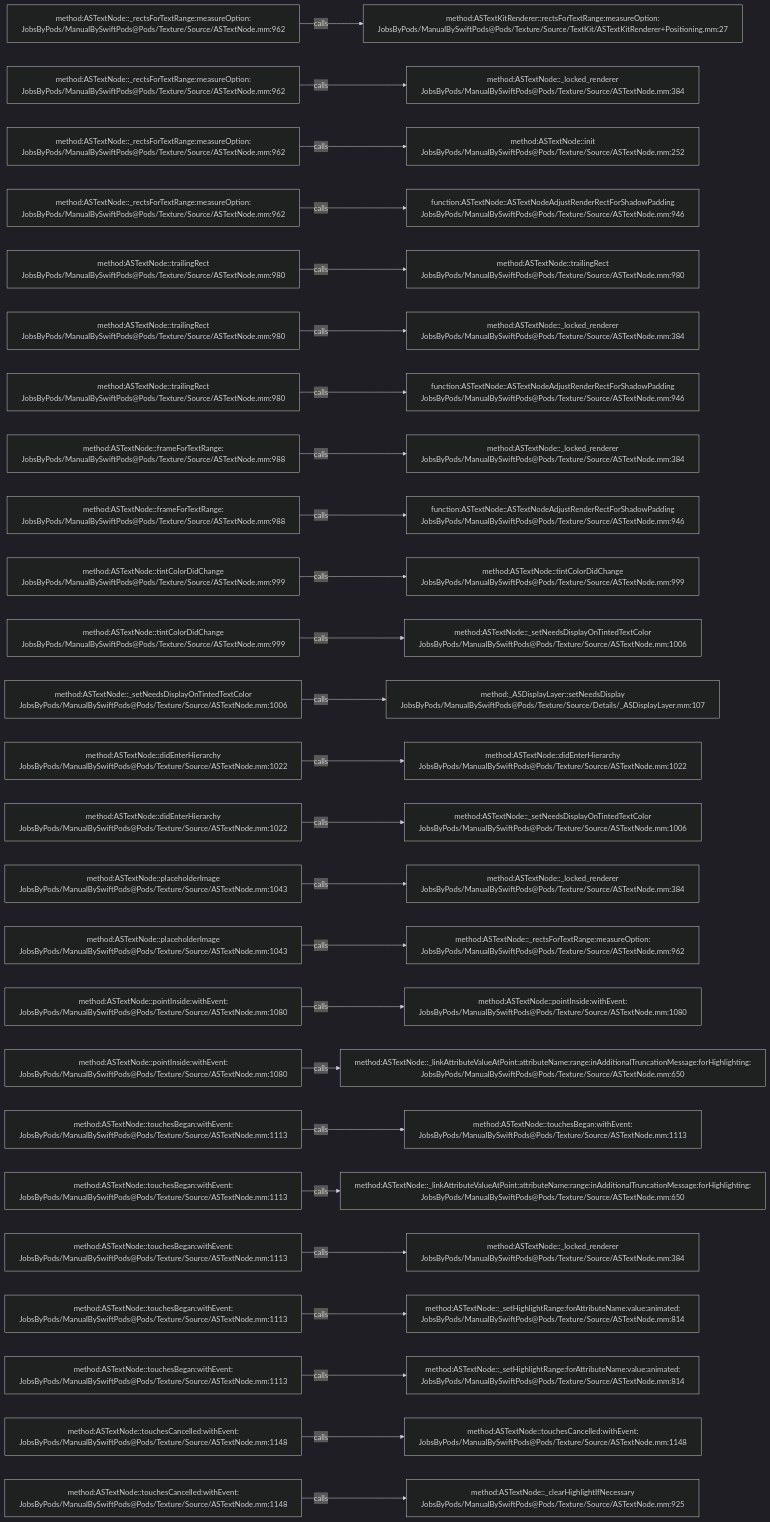
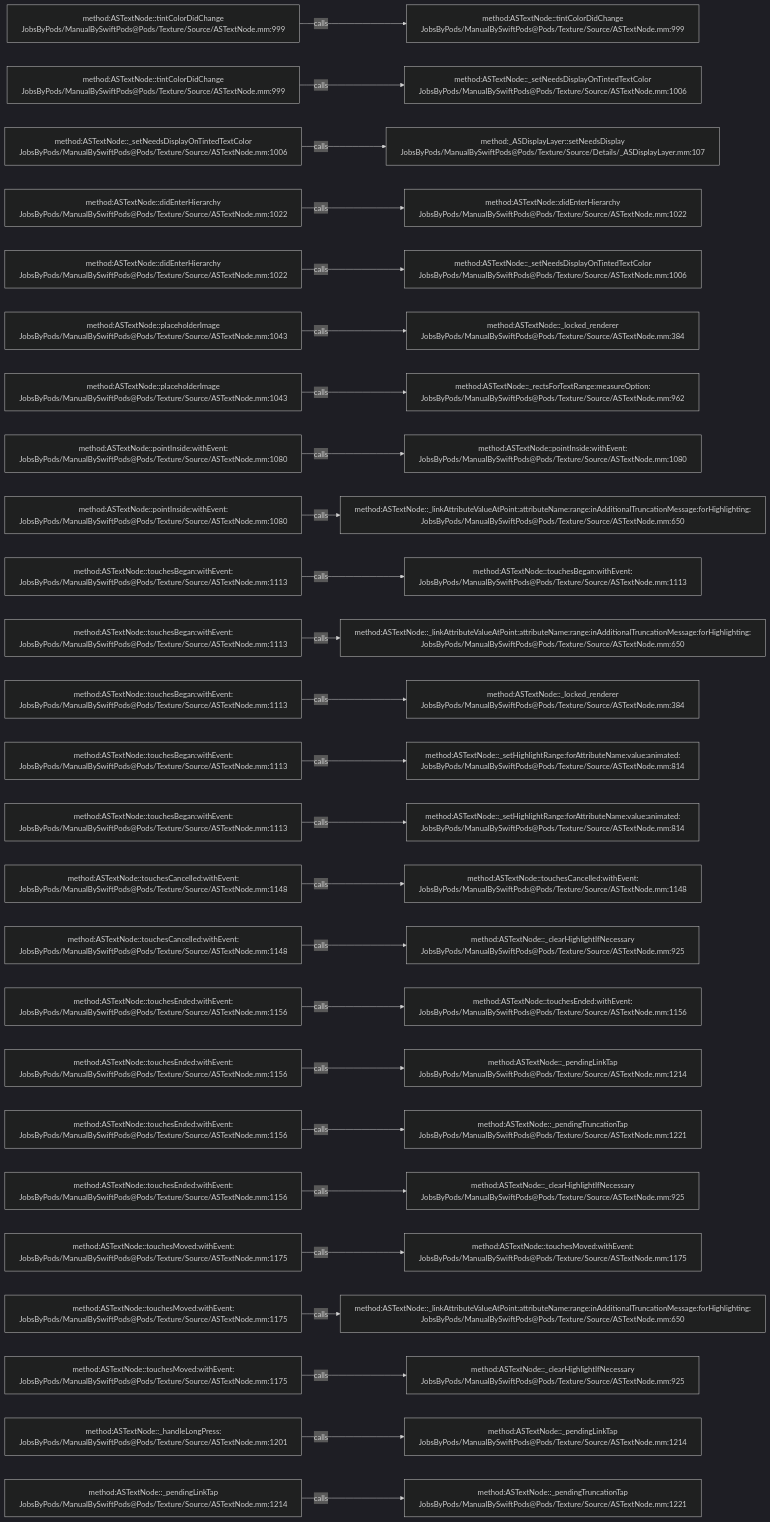
One commit to JobsKits/JobsSwiftBaseConfigDemo changed the diagram in .codegraph/codegraph.md/graphs/calls-068.md. Above: the diagram before and after it, drawn with Mermaid (dark theme). The commit also changed 707 other files, not shown here.

````diff
--- a/.codegraph/codegraph.md/graphs/calls-068.md
+++ b/.codegraph/codegraph.md/graphs/calls-068.md
@@ -13,78 +13,78 @@
 ```mermaid
 flowchart LR
-  S1["method:ASTextNode::_rectsForTextRange:measureOption:<br/>JobsByPods/ManualBySwiftPods@Pods/Texture/Source/ASTextNode.mm:962"]
-  T1["method:ASTextKitRenderer::rectsForTextRange:measureOption:<br/>JobsByPods/ManualBySwiftPods@Pods/Texture/Source/TextKit/ASTextKitRenderer+Positioning.mm:27"]
+  S1["method:ASTextNode::tintColorDidChange<br/>JobsByPods/ManualBySwiftPods@Pods/Texture/Source/ASTextNode.mm:999"]
+  T1["method:ASTextNode::tintColorDidChange<br/>JobsByPods/ManualBySwiftPods@Pods/Texture/Source/ASTextNode.mm:999"]
   S1 -->|calls| T1
-  S2["method:ASTextNode::_rectsForTextRange:measureOption:<br/>JobsByPods/ManualBySwiftPods@Pods/Texture/Source/ASTextNode.mm:962"]
-  T2["method:ASTextNode::_locked_renderer<br/>JobsByPods/ManualBySwiftPods@Pods/Texture/Source/ASTextNode.mm:384"]
+  S2["method:ASTextNode::tintColorDidChange<br/>JobsByPods/ManualBySwiftPods@Pods/Texture/Source/ASTextNode.mm:999"]
+  T2["method:ASTextNode::_setNeedsDisplayOnTintedTextColor<br/>JobsByPods/ManualBySwiftPods@Pods/Texture/Source/ASTextNode.mm:1006"]
   S2 -->|calls| T2
-  S3["method:ASTextNode::_rectsForTextRange:measureOption:<br/>JobsByPods/ManualBySwiftPods@Pods/Texture/Source/ASTextNode.mm:962"]
-  T3["method:ASTextNode::init<br/>JobsByPods/ManualBySwiftPods@Pods/Texture/Source/ASTextNode.mm:252"]
+  S3["method:ASTextNode::_setNeedsDisplayOnTintedTextColor<br/>JobsByPods/ManualBySwiftPods@Pods/Texture/Source/ASTextNode.mm:1006"]
+  T3["method:_ASDisplayLayer::setNeedsDisplay<br/>JobsByPods/ManualBySwiftPods@Pods/Texture/Source/Details/_ASDisplayLayer.mm:107"]
   S3 -->|calls| T3
-  S4["method:ASTextNode::_rectsForTextRange:measureOption:<br/>JobsByPods/ManualBySwiftPods@Pods/Texture/Source/ASTextNode.mm:962"]
-  T4["function:ASTextNode::ASTextNodeAdjustRenderRectForShadowPadding<br/>JobsByPods/ManualBySwiftPods@Pods/Texture/Source/ASTextNode.mm:946"]
+  S4["method:ASTextNode::didEnterHierarchy<br/>JobsByPods/ManualBySwiftPods@Pods/Texture/Source/ASTextNode.mm:1022"]
+  T4["method:ASTextNode::didEnterHierarchy<br/>JobsByPods/ManualBySwiftPods@Pods/Texture/Source/ASTextNode.mm:1022"]
   S4 -->|calls| T4
-  S5["method:ASTextNode::trailingRect<br/>JobsByPods/ManualBySwiftPods@Pods/Texture/Source/ASTextNode.mm:980"]
-  T5["method:ASTextNode::trailingRect<br/>JobsByPods/ManualBySwiftPods@Pods/Texture/Source/ASTextNode.mm:980"]
+  S5["method:ASTextNode::didEnterHierarchy<br/>JobsByPods/ManualBySwiftPods@Pods/Texture/Source/ASTextNode.mm:1022"]
+  T5["method:ASTextNode::_setNeedsDisplayOnTintedTextColor<br/>JobsByPods/ManualBySwiftPods@Pods/Texture/Source/ASTextNode.mm:1006"]
   S5 -->|calls| T5
-  S6["method:ASTextNode::trailingRect<br/>JobsByPods/ManualBySwiftPods@Pods/Texture/Source/ASTextNode.mm:980"]
+  S6["method:ASTextNode::placeholderImage<br/>JobsByPods/ManualBySwiftPods@Pods/Texture/Source/ASTextNode.mm:1043"]
   T6["method:ASTextNode::_locked_renderer<br/>JobsByPods/ManualBySwiftPods@Pods/Texture/Source/ASTextNode.mm:384"]
   S6 -->|calls| T6
-  S7["method:ASTextNode::trailingRect<br/>JobsByPods/ManualBySwiftPods@Pods/Texture/Source/ASTextNode.mm:980"]
-  T7["function:ASTextNode::ASTextNodeAdjustRenderRectForShadowPadding<br/>JobsByPods/ManualBySwiftPods@Pods/Texture/Source/ASTextNode.mm:946"]
+  S7["method:ASTextNode::placeholderImage<br/>JobsByPods/ManualBySwiftPods@Pods/Texture/Source/ASTextNode.mm:1043"]
+  T7["method:ASTextNode::_rectsForTextRange:measureOption:<br/>JobsByPods/ManualBySwiftPods@Pods/Texture/Source/ASTextNode.mm:962"]
   S7 -->|calls| T7
-  S8["method:ASTextNode::frameForTextRange:<br/>JobsByPods/ManualBySwiftPods@Pods/Texture/Source/ASTextNode.mm:988"]
-  T8["method:ASTextNode::_locked_renderer<br/>JobsByPods/ManualBySwiftPods@Pods/Texture/Source/ASTextNode.mm:384"]
+  S8["method:ASTextNode::pointInside:withEvent:<br/>JobsByPods/ManualBySwiftPods@Pods/Texture/Source/ASTextNode.mm:1080"]
+  T8["method:ASTextNode::pointInside:withEvent:<br/>JobsByPods/ManualBySwiftPods@Pods/Texture/Source/ASTextNode.mm:1080"]
   S8 -->|calls| T8
-  S9["method:ASTextNode::frameForTextRange:<br/>JobsByPods/ManualBySwiftPods@Pods/Texture/Source/ASTextNode.mm:988"]
-  T9["function:ASTextNode::ASTextNodeAdjustRenderRectForShadowPadding<br/>JobsByPods/ManualBySwiftPods@Pods/Texture/Source/ASTextNode.mm:946"]
+  S9["method:ASTextNode::pointInside:withEvent:<br/>JobsByPods/ManualBySwiftPods@Pods/Texture/Source/ASTextNode.mm:1080"]
+  T9["method:ASTextNode::_linkAttributeValueAtPoint:attributeName:range:inAdditionalTruncationMessage:forHighlighting:<br/>JobsByPods/ManualBySwiftPods@Pods/Texture/Source/ASTextNode.mm:650"]
   S9 -->|calls| T9
-  S10["method:ASTextNode::tintColorDidChange<br/>JobsByPods/ManualBySwiftPods@Pods/Texture/Source/ASTextNode.mm:999"]
-  T10["method:ASTextNode::tintColorDidChange<br/>JobsByPods/ManualBySwiftPods@Pods/Texture/Source/ASTextNode.mm:999"]
+  S10["method:ASTextNode::touchesBegan:withEvent:<br/>JobsByPods/ManualBySwiftPods@Pods/Texture/Source/ASTextNode.mm:1113"]
+  T10["method:ASTextNode::touchesBegan:withEvent:<br/>JobsByPods/ManualBySwiftPods@Pods/Texture/Source/ASTextNode.mm:1113"]
   S10 -->|calls| T10
-  S11["method:ASTextNode::tintColorDidChange<br/>JobsByPods/ManualBySwiftPods@Pods/Texture/Source/ASTextNode.mm:999"]
-  T11["method:ASTextNode::_setNeedsDisplayOnTintedTextColor<br/>JobsByPods/ManualBySwiftPods@Pods/Texture/Source/ASTextNode.mm:1006"]
+  S11["method:ASTextNode::touchesBegan:withEvent:<br/>JobsByPods/ManualBySwiftPods@Pods/Texture/Source/ASTextNode.mm:1113"]
+  T11["method:ASTextNode::_linkAttributeValueAtPoint:attributeName:range:inAdditionalTruncationMessage:forHighlighting:<br/>JobsByPods/ManualBySwiftPods@Pods/Texture/Source/ASTextNode.mm:650"]
   S11 -->|calls| T11
-  S12["method:ASTextNode::_setNeedsDisplayOnTintedTextColor<br/>JobsByPods/ManualBySwiftPods@Pods/Texture/Source/ASTextNode.mm:1006"]
-  T12["method:_ASDisplayLayer::setNeedsDisplay<br/>JobsByPods/ManualBySwiftPods@Pods/Texture/Source/Details/_ASDisplayLayer.mm:107"]
+  S12["method:ASTextNode::touchesBegan:withEvent:<br/>JobsByPods/ManualBySwiftPods@Pods/Texture/Source/ASTextNode.mm:1113"]
+  T12["method:ASTextNode::_locked_renderer<br/>JobsByPods/ManualBySwiftPods@Pods/Texture/Source/ASTextNode.mm:384"]
   S12 -->|calls| T12
-  S13["method:ASTextNode::didEnterHierarchy<br/>JobsByPods/ManualBySwiftPods@Pods/Texture/Source/ASTextNode.mm:1022"]
-  T13["method:ASTextNode::didEnterHierarchy<br/>JobsByPods/ManualBySwiftPods@Pods/Texture/Source/ASTextNode.mm:1022"]
+  S13["method:ASTextNode::touchesBegan:withEvent:<br/>JobsByPods/ManualBySwiftPods@Pods/Texture/Source/ASTextNode.mm:1113"]
+  T13["method:ASTextNode::_setHighlightRange:forAttributeName:value:animated:<br/>JobsByPods/ManualBySwiftPods@Pods/Texture/Source/ASTextNode.mm:814"]
   S13 -->|calls| T13
-  S14["method:ASTextNode::didEnterHierarchy<br/>JobsByPods/ManualBySwiftPods@Pods/Texture/Source/ASTextNode.mm:1022"]
-  T14["method:ASTextNode::_setNeedsDisplayOnTintedTextColor<br/>JobsByPods/ManualBySwiftPods@Pods/Texture/Source/ASTextNode.mm:1006"]
+  S14["method:ASTextNode::touchesBegan:withEvent:<br/>JobsByPods/ManualBySwiftPods@Pods/Texture/Source/ASTextNode.mm:1113"]
+  T14["method:ASTextNode::_setHighlightRange:forAttributeName:value:animated:<br/>JobsByPods/ManualBySwiftPods@Pods/Texture/Source/ASTextNode.mm:814"]
   S14 -->|calls| T14
-  S15["method:ASTextNode::placeholderImage<br/>JobsByPods/ManualBySwiftPods@Pods/Texture/Source/ASTextNode.mm:1043"]
-  T15["method:ASTextNode::_locked_renderer<br/>JobsByPods/ManualBySwiftPods@Pods/Texture/Source/ASTextNode.mm:384"]
+  S15["method:ASTextNode::touchesCancelled:withEvent:<br/>JobsByPods/ManualBySwiftPods@Pods/Texture/Source/ASTextNode.mm:1148"]
+  T15["method:ASTextNode::touchesCancelled:withEvent:<br/>JobsByPods/ManualBySwiftPods@Pods/Texture/Source/ASTextNode.mm:1148"]
   S15 -->|calls| T15
-  S16["method:ASTextNode::placeholderImage<br/>JobsByPods/ManualBySwiftPods@Pods/Texture/Source/ASTextNode.mm:1043"]
-  T16["method:ASTextNode::_rectsForTextRange:measureOption:<br/>JobsByPods/ManualBySwiftPods@Pods/Texture/Source/ASTextNode.mm:962"]
+  S16["method:ASTextNode::touchesCancelled:withEvent:<br/>JobsByPods/ManualBySwiftPods@Pods/Texture/Source/ASTextNode.mm:1148"]
+  T16["method:ASTextNode::_clearHighlightIfNecessary<br/>JobsByPods/ManualBySwiftPods@Pods/Texture/Source/ASTextNode.mm:925"]
   S16 -->|calls| T16
-  S17["method:ASTextNode::pointInside:withEvent:<br/>JobsByPods/ManualBySwiftPods@Pods/Texture/Source/ASTextNode.mm:1080"]
-  T17["method:ASTextNode::pointInside:withEvent:<br/>JobsByPods/ManualBySwiftPods@Pods/Texture/Source/ASTextNode.mm:1080"]
+  S17["method:ASTextNode::touchesEnded:withEvent:<br/>JobsByPods/ManualBySwiftPods@Pods/Texture/Source/ASTextNode.mm:1156"]
+  T17["method:ASTextNode::touchesEnded:withEvent:<br/>JobsByPods/ManualBySwiftPods@Pods/Texture/Source/ASTextNode.mm:1156"]
   S17 -->|calls| T17
-  S18["method:ASTextNode::pointInside:withEvent:<br/>JobsByPods/ManualBySwiftPods@Pods/Texture/Source/ASTextNode.mm:1080"]
-  T18["method:ASTextNode::_linkAttributeValueAtPoint:attributeName:range:inAdditionalTruncationMessage:forHighlighting:<br/>JobsByPods/ManualBySwiftPods@Pods/Texture/Source/ASTextNode.mm:650"]
+  S18["method:ASTextNode::touchesEnded:withEvent:<br/>JobsByPods/ManualBySwiftPods@Pods/Texture/Source/ASTextNode.mm:1156"]
+  T18["method:ASTextNode::_pendingLinkTap<br/>JobsByPods/ManualBySwiftPods@Pods/Texture/Source/ASTextNode.mm:1214"]
   S18 -->|calls| T18
-  S19["method:ASTextNode::touchesBegan:withEvent:<br/>JobsByPods/ManualBySwiftPods@Pods/Texture/Source/ASTextNode.mm:1113"]
-  T19["method:ASTextNode::touchesBegan:withEvent:<br/>JobsByPods/ManualBySwiftPods@Pods/Texture/Source/ASTextNode.mm:1113"]
+  S19["method:ASTextNode::touchesEnded:withEvent:<br/>JobsByPods/ManualBySwiftPods@Pods/Texture/Source/ASTextNode.mm:1156"]
+  T19["method:ASTextNode::_pendingTruncationTap<br/>JobsByPods/ManualBySwiftPods@Pods/Texture/Source/ASTextNode.mm:1221"]
   S19 -->|calls| T19
-  S20["method:ASTextNode::touchesBegan:withEvent:<br/>JobsByPods/ManualBySwiftPods@Pods/Texture/Source/ASTextNode.mm:1113"]
-  T20["method:ASTextNode::_linkAttributeValueAtPoint:attributeName:range:inAdditionalTruncationMessage:forHighlighting:<br/>JobsByPods/ManualBySwiftPods@Pods/Texture/Source/ASTextNode.mm:650"]
+  S20["method:ASTextNode::touchesEnded:withEvent:<br/>JobsByPods/ManualBySwiftPods@Pods/Texture/Source/ASTextNode.mm:1156"]
+  T20["method:ASTextNode::_clearHighlightIfNecessary<br/>JobsByPods/ManualBySwiftPods@Pods/Texture/Source/ASTextNode.mm:925"]
   S20 -->|calls| T20
-  S21["method:ASTextNode::touchesBegan:withEvent:<br/>JobsByPods/ManualBySwiftPods@Pods/Texture/Source/ASTextNode.mm:1113"]
-  T21["method:ASTextNode::_locked_renderer<br/>JobsByPods/ManualBySwiftPods@Pods/Texture/Source/ASTextNode.mm:384"]
+  S21["method:ASTextNode::touchesMoved:withEvent:<br/>JobsByPods/ManualBySwiftPods@Pods/Texture/Source/ASTextNode.mm:1175"]
+  T21["method:ASTextNode::touchesMoved:withEvent:<br/>JobsByPods/ManualBySwiftPods@Pods/Texture/Source/ASTextNode.mm:1175"]
   S21 -->|calls| T21
-  S22["method:ASTextNode::touchesBegan:withEvent:<br/>JobsByPods/ManualBySwiftPods@Pods/Texture/Source/ASTextNode.mm:1113"]
-  T22["method:ASTextNode::_setHighlightRange:forAttributeName:value:animated:<br/>JobsByPods/ManualBySwiftPods@Pods/Texture/Source/ASTextNode.mm:814"]
+  S22["method:ASTextNode::touchesMoved:withEvent:<br/>JobsByPods/ManualBySwiftPods@Pods/Texture/Source/ASTextNode.mm:1175"]
+  T22["method:ASTextNode::_linkAttributeValueAtPoint:attributeName:range:inAdditionalTruncationMessage:forHighlighting:<br/>JobsByPods/ManualBySwiftPods@Pods/Texture/Source/ASTextNode.mm:650"]
   S22 -->|calls| T22
-  S23["method:ASTextNode::touchesBegan:withEvent:<br/>JobsByPods/ManualBySwiftPods@Pods/Texture/Source/ASTextNode.mm:1113"]
-  T23["method:ASTextNode::_setHighlightRange:forAttributeName:value:animated:<br/>JobsByPods/ManualBySwiftPods@Pods/Texture/Source/ASTextNode.mm:814"]
+  S23["method:ASTextNode::touchesMoved:withEvent:<br/>JobsByPods/ManualBySwiftPods@Pods/Texture/Source/ASTextNode.mm:1175"]
+  T23["method:ASTextNode::_clearHighlightIfNecessary<br/>JobsByPods/ManualBySwiftPods@Pods/Texture/Source/ASTextNode.mm:925"]
   S23 -->|calls| T23
-  S24["method:ASTextNode::touchesCancelled:withEvent:<br/>JobsByPods/ManualBySwiftPods@Pods/Texture/Source/ASTextNode.mm:1148"]
-  T24["method:ASTextNode::touchesCancelled:withEvent:<br/>JobsByPods/ManualBySwiftPods@Pods/Texture/Source/ASTextNode.mm:1148"]
+  S24["method:ASTextNode::_handleLongPress:<br/>JobsByPods/ManualBySwiftPods@Pods/Texture/Source/ASTextNode.mm:1201"]
+  T24["method:ASTextNode::_pendingLinkTap<br/>JobsByPods/ManualBySwiftPods@Pods/Texture/Source/ASTextNode.mm:1214"]
   S24 -->|calls| T24
-  S25["method:ASTextNode::touchesCancelled:withEvent:<br/>JobsByPods/ManualBySwiftPods@Pods/Texture/Source/ASTextNode.mm:1148"]
-  T25["method:ASTextNode::_clearHighlightIfNecessary<br/>JobsByPods/ManualBySwiftPods@Pods/Texture/Source/ASTextNode.mm:925"]
+  S25["method:ASTextNode::_pendingLinkTap<br/>JobsByPods/ManualBySwiftPods@Pods/Texture/Source/ASTextNode.mm:1214"]
+  T25["method:ASTextNode::_pendingTruncationTap<br/>JobsByPods/ManualBySwiftPods@Pods/Texture/Source/ASTextNode.mm:1221"]
   S25 -->|calls| T25
 ```
````
